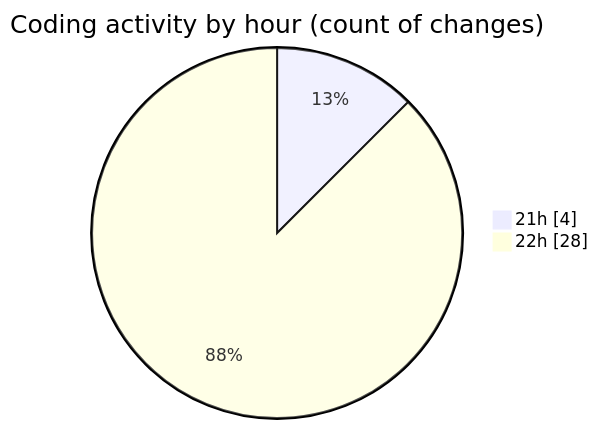
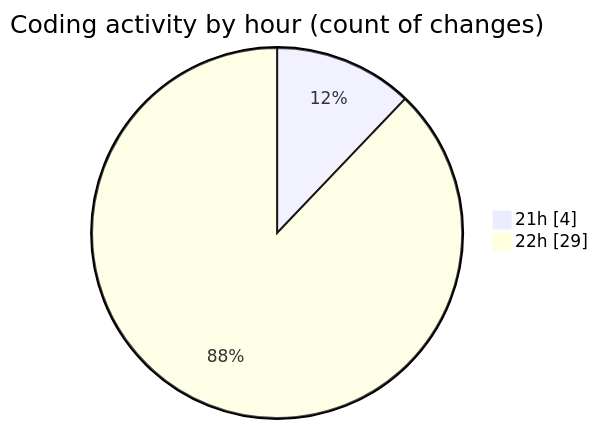
Before and after one commit to MatusMokan/code-tracking: the second of 2 diagrams in 2025-11-14/untitled__workspace_/README.md, drawn with Mermaid. The commit also changed other lines of this file and 1 other file, not shown here.

````diff
--- a/2025-11-14/untitled__workspace_/README.md
+++ b/2025-11-14/untitled__workspace_/README.md
@@ -32,6 +32,6 @@
 ```mermaid
 pie showData
 title Coding activity by hour (count of changes)
 "21h" : 4
-"22h" : 28
+"22h" : 29
 ```
````
